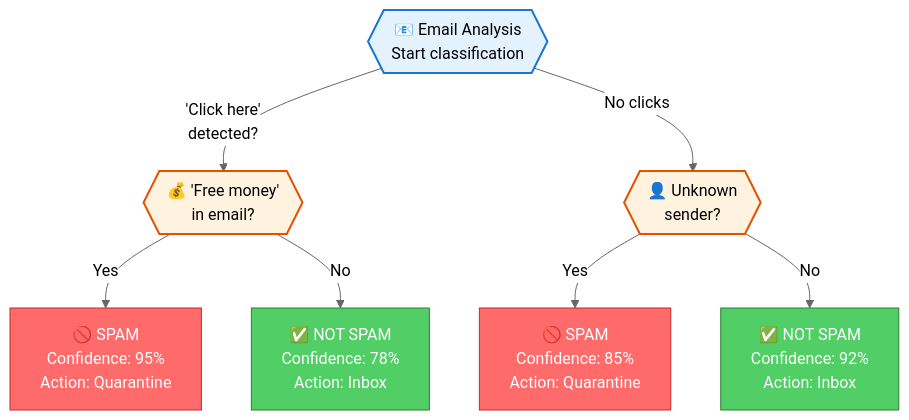
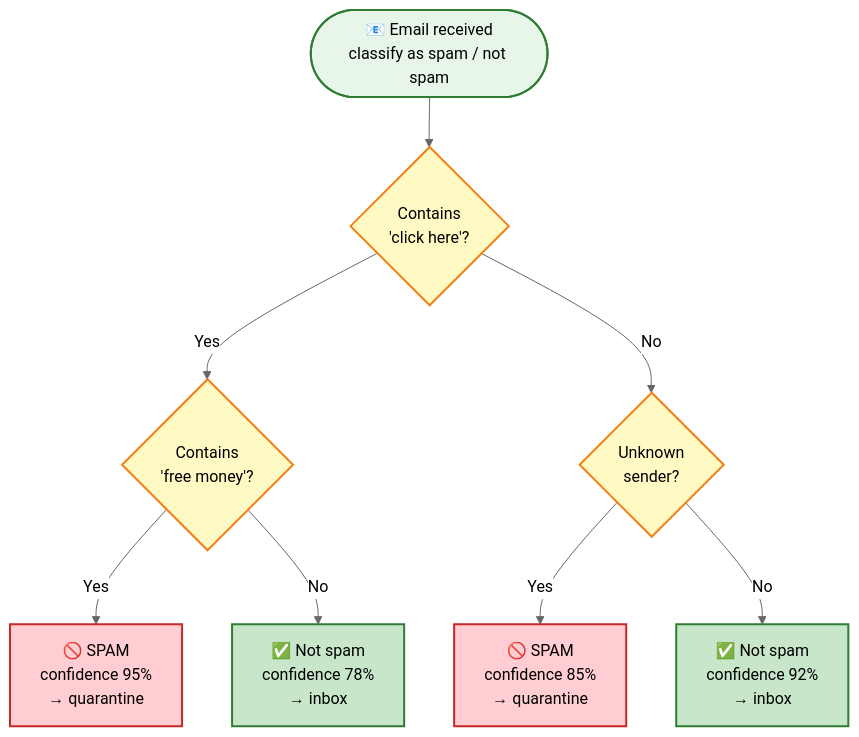
Before and after one commit to 4BZDOG/HSC_SoftwareEngineering: the diagram in diagrams/source-code/system-architecture/spam-decision-tree.mmd, drawn with Mermaid (neutral theme). The commit also changed 14 other files, not shown here.

First line of the commit message:
refactor(diagrams): unify course diagrams with shared design system

```diff
--- a/diagrams/source-code/system-architecture/spam-decision-tree.mmd
+++ b/diagrams/source-code/system-architecture/spam-decision-tree.mmd
@@ -1,19 +1,23 @@
-graph TD
-    Root{{"📧 Email Analysis<br/>Start classification"}}
+%% Spam Classifier — simple decision tree with two features
+%% Syllabus: SE-12-14
+flowchart TD
+    Root(["📧 Email received<br/>classify as spam / not spam"]) --> Q1
 
-    Root -->|"'Click here'<br/>detected?"| Node1{{"💰 'Free money'<br/>in email?"}}
-    Root -->|"No clicks"| Node2{{"👤 Unknown<br/>sender?"}}
+    Q1{"Contains<br/>'click here'?"}
+    Q1 -- Yes --> Q2{"Contains<br/>'free money'?"}
+    Q1 -- No  --> Q3{"Unknown<br/>sender?"}
 
-    Node1 -->|"Yes"| Leaf1["🚫 SPAM<br/>Confidence: 95%<br/>Action: Quarantine"]
-    Node1 -->|"No"| Leaf2["✅ NOT SPAM<br/>Confidence: 78%<br/>Action: Inbox"]
+    Q2 -- Yes --> L1["🚫 SPAM<br/>confidence 95%<br/>→ quarantine"]
+    Q2 -- No  --> L2["✅ Not spam<br/>confidence 78%<br/>→ inbox"]
+    Q3 -- Yes --> L3["🚫 SPAM<br/>confidence 85%<br/>→ quarantine"]
+    Q3 -- No  --> L4["✅ Not spam<br/>confidence 92%<br/>→ inbox"]
 
-    Node2 -->|"Yes"| Leaf3["🚫 SPAM<br/>Confidence: 85%<br/>Action: Quarantine"]
-    Node2 -->|"No"| Leaf4["✅ NOT SPAM<br/>Confidence: 92%<br/>Action: Inbox"]
+    classDef start    fill:#e8f5e9,stroke:#2E7D32,stroke-width:2px
+    classDef decision fill:#fff9c4,stroke:#F57F17,stroke-width:2px
+    classDef spam     fill:#ffcdd2,stroke:#C62828,stroke-width:2px
+    classDef ham      fill:#c8e6c9,stroke:#2E7D32,stroke-width:2px
 
-    style Root fill:#E3F2FD,stroke:#1976D2,stroke-width:2px
-    style Node1 fill:#FFF3E0,stroke:#E65100,stroke-width:2px
-    style Node2 fill:#FFF3E0,stroke:#E65100,stroke-width:2px
-    style Leaf1 fill:#FF6B6B,color:#fff,stroke:#C62828
-    style Leaf3 fill:#FF6B6B,color:#fff,stroke:#C62828
-    style Leaf2 fill:#51CF66,color:#fff,stroke:#2E7D32
-    style Leaf4 fill:#51CF66,color:#fff,stroke:#2E7D32
+    class Root start
+    class Q1,Q2,Q3 decision
+    class L1,L3 spam
+    class L2,L4 ham
```
